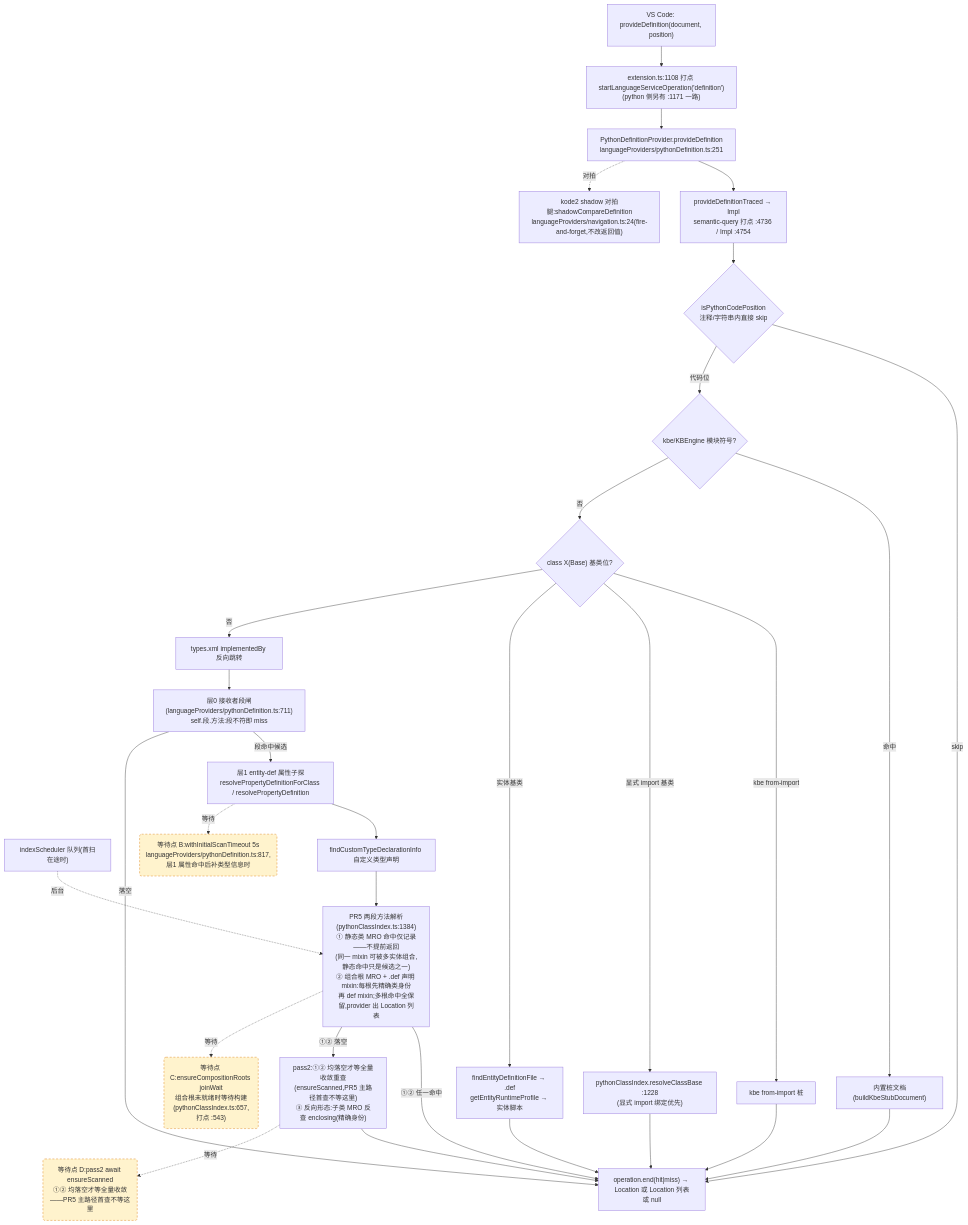
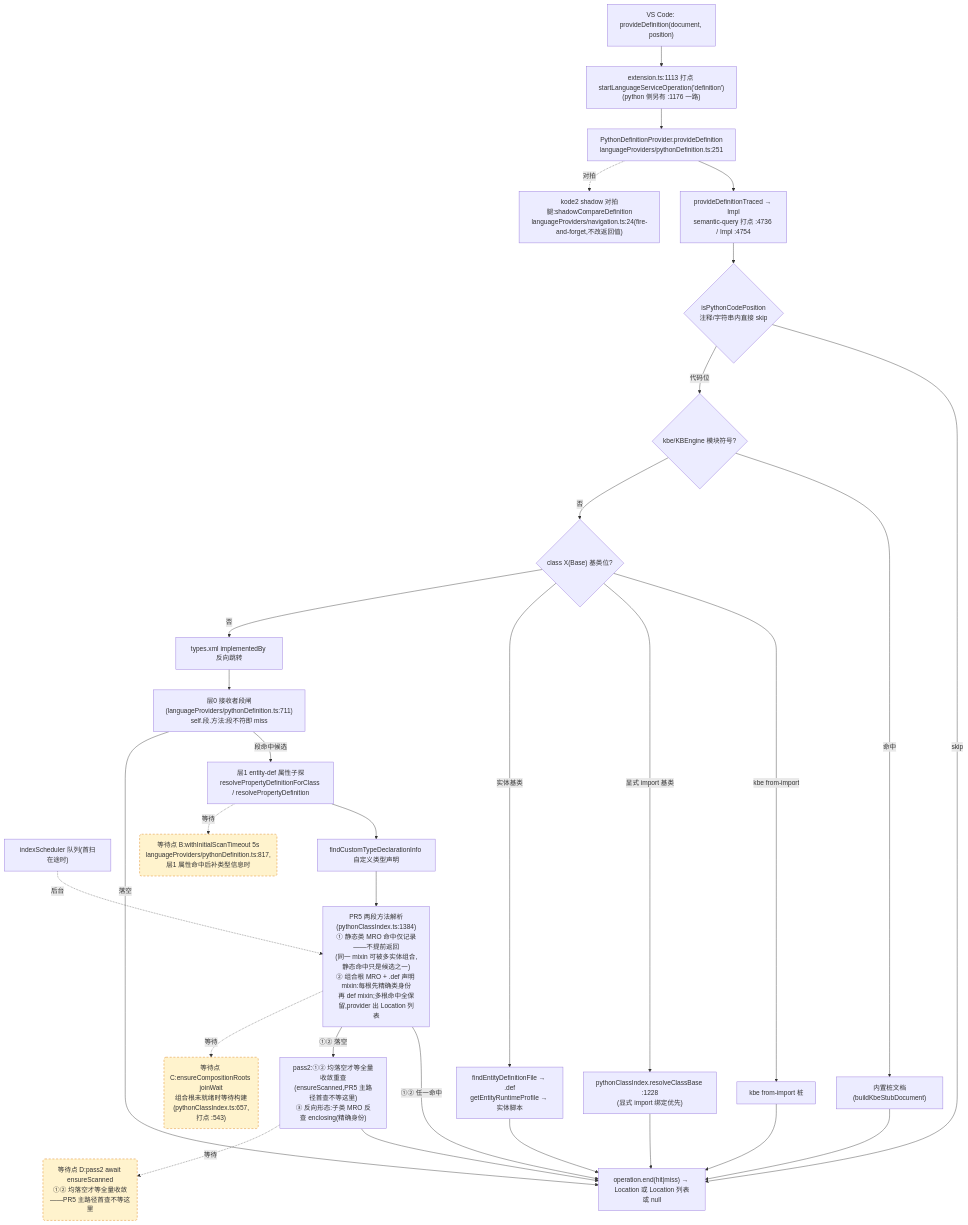
Before and after one commit to cuihairu/kode: the second of 4 diagrams in docs/perf/2026-baseline.md, drawn with Mermaid. The commit also changed other lines of this file and 38 other files, not shown here.

````diff
--- a/docs/perf/2026-baseline.md
+++ b/docs/perf/2026-baseline.md
@@ -130,51 +130,51 @@
 ```mermaid
 flowchart TD
   VC2["VS Code: provideDefinition(document, position)"]
-  M2["extension.ts:1108 打点 startLanguageServiceOperation('definition')<br/>(python 侧另有 :1171 一路)"]
+  M2["extension.ts:1113 打点 startLanguageServiceOperation('definition')<br/>(python 侧另有 :1176 一路)"]
   AD2["PythonDefinitionProvider.provideDefinition<br/>languageProviders/pythonDefinition.ts:251"]
   TR["provideDefinitionTraced → Impl<br/>semantic-query 打点 :4736 / Impl :4754"]
   CTX{"isPythonCodePosition<br/>注释/字符串内直接 skip"}
   KBE{"kbe/KBEngine 模块符号?"}
   STUB["内置桩文档(buildKbeStubDocument)"]
   CB{"class X(Base) 基类位?"}
   CB1["kbe from-import 桩"]
   CB2["pythonClassIndex.resolveClassBase :1228<br/>(显式 import 绑定优先)"]
   CB3["findEntityDefinitionFile → .def<br/>getEntityRuntimeProfile → 实体脚本"]
   REV["types.xml implementedBy 反向跳转"]
   L0["层0 接收者段闸(languageProviders/pythonDefinition.ts:711)<br/>self.段.方法:段不符即 miss"]
   L1["层1 entity-def 属性子探<br/>resolvePropertyDefinitionForClass / resolvePropertyDefinition"]
   SCAN["indexScheduler 队列(首扫在途时)"]
   TY["findCustomTypeDeclarationInfo 自定义类型声明"]
   MRO["PR5 两段方法解析(pythonClassIndex.ts:1384)<br/>① 静态类 MRO 命中仅记录——不提前返回<br/>(同一 mixin 可被多实体组合,静态命中只是候选之一)<br/>② 组合根 MRO + .def 声明 mixin:每根先精确类身份<br/>再 def mixin;多根命中全保留,provider 出 Location 列表"]
   PASS2["pass2:①② 均落空才等全量收敛重查<br/>(ensureScanned,PR5 主路径首查不等这里)<br/>③ 反向形态:子类 MRO 反查 enclosing(精确身份)"]
   SHD["kode2 shadow 对拍腿:shadowCompareDefinition<br/>languageProviders/navigation.ts:24(fire-and-forget,不改返回值)"]
   END2["operation.end(hit|miss) → Location 或 Location 列表或 null"]
 
   VC2 --> M2 --> AD2 --> TR --> CTX
   CTX -- "skip" --> END2
   CTX -- "代码位" --> KBE
   KBE -- "命中" --> STUB --> END2
   KBE -- "否" --> CB
   CB -- "kbe from-import" --> CB1 --> END2
   CB -- "显式 import 基类" --> CB2 --> END2
   CB -- "实体基类" --> CB3 --> END2
   CB -- "否" --> REV --> L0
   L0 -- "段命中候选" --> L1
   L0 -- "落空" --> END2
   L1 --> TY
   TY --> MRO
   MRO -- "①② 任一命中" --> END2
   MRO -- "①② 落空" --> PASS2 --> END2
   AD2 -.->|对拍| SHD
 
   WAITB("等待点 B:withInitialScanTimeout 5s<br/>languageProviders/pythonDefinition.ts:817,层1 属性命中后补类型信息时")
   WAITC("等待点 C:ensureCompositionRoots joinWait<br/>组合根未就绪时等待构建(pythonClassIndex.ts:657,打点 :543)")
   WAITD("等待点 D:pass2 await ensureScanned<br/>①② 均落空才等全量收敛——PR5 主路径首查不等这里")
   L1 -.->|等待| WAITB
   MRO -.->|等待| WAITC
   PASS2 -.->|等待| WAITD
   SCAN -.->|后台| MRO
 
   classDef waitPoint fill:#fff3cd,stroke:#d97706,stroke-dasharray:5 4;
   class WAITB,WAITC,WAITD waitPoint;
 ```
````
